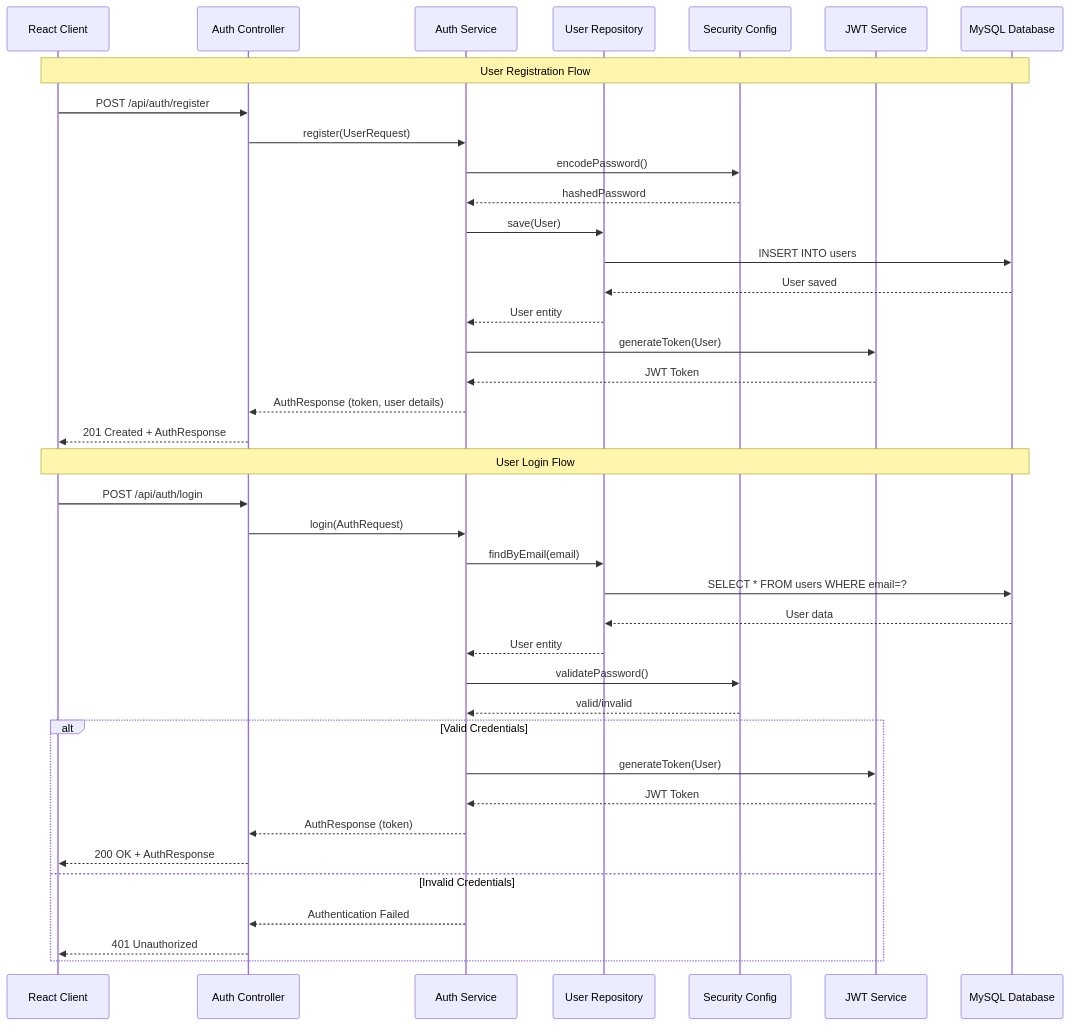
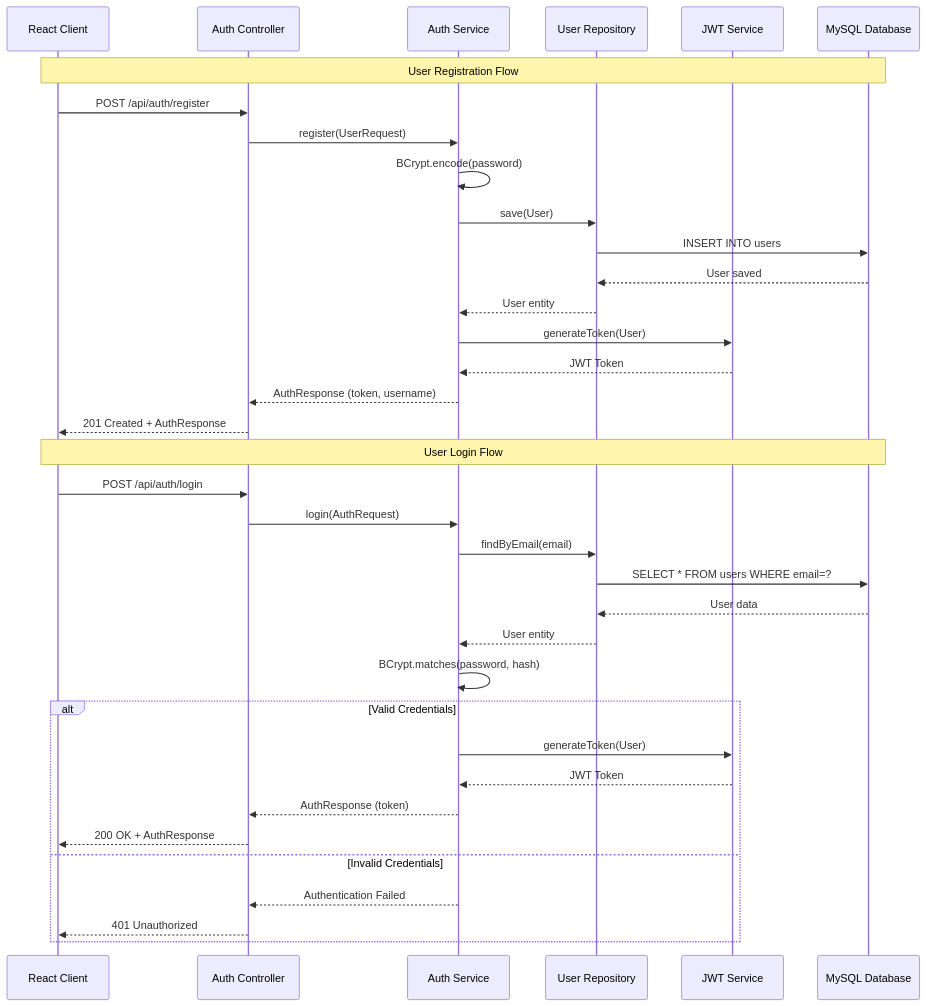
Before and after one commit to mahmoudss5/Uni-System: the first of 7 diagrams in diagrams/sequential-diagram.md, drawn with Mermaid. The commit also changed other lines of this file and 3 other files, not shown here.

Commit message:
update readme and diagrams

````diff
--- a/diagrams/sequential-diagram.md
+++ b/diagrams/sequential-diagram.md
@@ -7,43 +7,40 @@
 ```mermaid
 sequenceDiagram
     participant Client as React Client
     participant AuthController as Auth Controller
     participant AuthService as Auth Service
     participant UserRepo as User Repository
-    participant SecurityConfig as Security Config
     participant JWT as JWT Service
     participant DB as MySQL Database
 
     Note over Client,DB: User Registration Flow
     Client->>AuthController: POST /api/auth/register
     AuthController->>AuthService: register(UserRequest)
-    AuthService->>SecurityConfig: encodePassword()
-    SecurityConfig-->>AuthService: hashedPassword
+    AuthService->>AuthService: BCrypt.encode(password)
     AuthService->>UserRepo: save(User)
     UserRepo->>DB: INSERT INTO users
     DB-->>UserRepo: User saved
     UserRepo-->>AuthService: User entity
     AuthService->>JWT: generateToken(User)
     JWT-->>AuthService: JWT Token
-    AuthService-->>AuthController: AuthResponse (token, user details)
+    AuthService-->>AuthController: AuthResponse (token, username)
     AuthController-->>Client: 201 Created + AuthResponse
 
     Note over Client,DB: User Login Flow
     Client->>AuthController: POST /api/auth/login
     AuthController->>AuthService: login(AuthRequest)
     AuthService->>UserRepo: findByEmail(email)
     UserRepo->>DB: SELECT * FROM users WHERE email=?
     DB-->>UserRepo: User data
     UserRepo-->>AuthService: User entity
-    AuthService->>SecurityConfig: validatePassword()
-    SecurityConfig-->>AuthService: valid/invalid
+    AuthService->>AuthService: BCrypt.matches(password, hash)
     alt Valid Credentials
         AuthService->>JWT: generateToken(User)
         JWT-->>AuthService: JWT Token
         AuthService-->>AuthController: AuthResponse (token)
         AuthController-->>Client: 200 OK + AuthResponse
     else Invalid Credentials
         AuthService-->>AuthController: Authentication Failed
         AuthController-->>Client: 401 Unauthorized
     end
 ```
````
